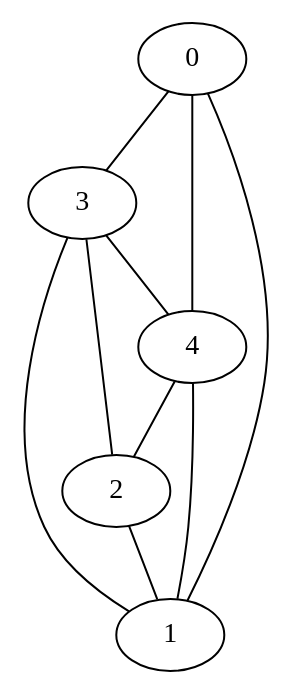
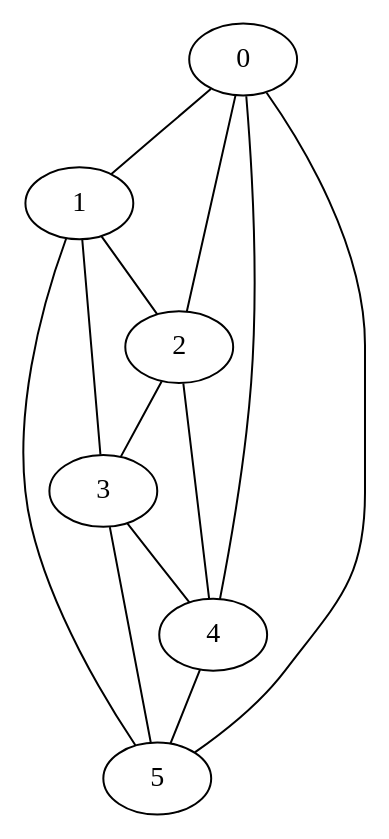
Before and after one commit to sdberardinelli/graphcolor: the diagram in GraphColor/graph.dot, drawn with Graphviz. The commit also changed 4 other files, not shown here.

```diff
--- a/GraphColor/graph.dot
+++ b/GraphColor/graph.dot
@@ -1,16 +1,20 @@
 graph G {
 0;
 1;
 2;
 3;
 4;
-0--3 ;
+5;
+0--1 ;
+0--2 ;
 0--4 ;
-1--0 ;
+0--5 ;
+1--2 ;
 1--3 ;
-1--4 ;
-2--1 ;
+1--5 ;
 2--3 ;
+2--4 ;
 3--4 ;
-4--2 ;
+3--5 ;
+4--5 ;
 }
```
